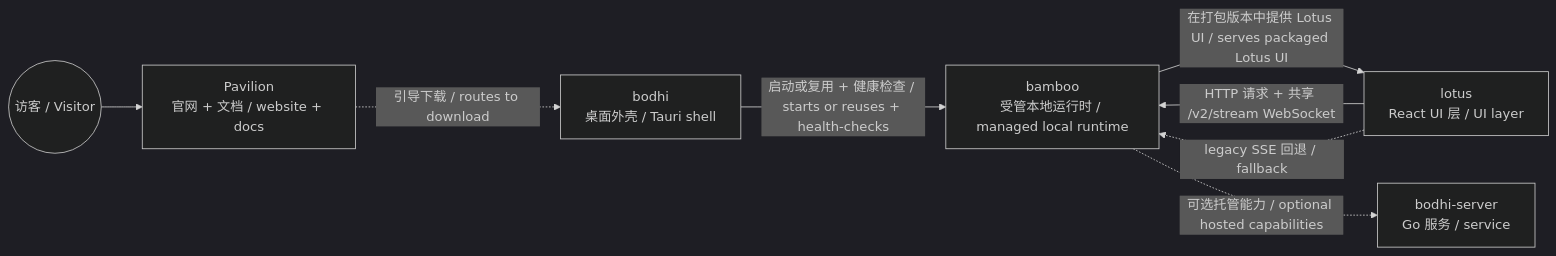
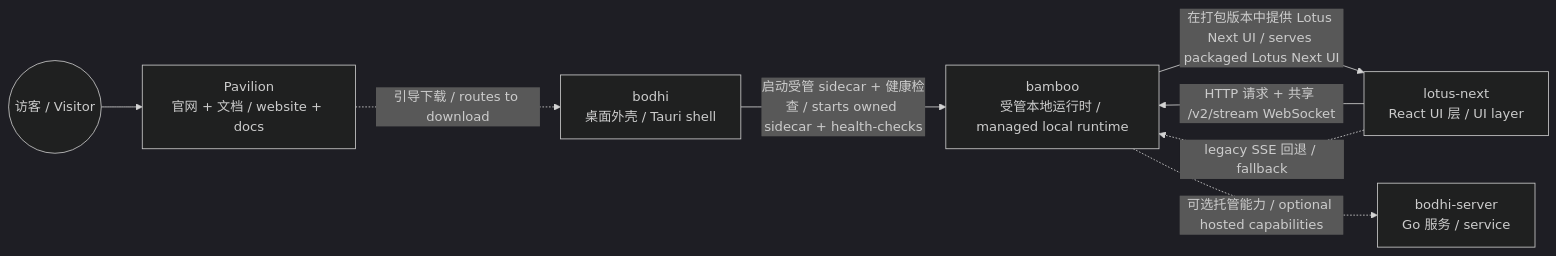
One commit to bigduu/Pavilion changed the diagram in README.zh-CN.md. Above: the diagram before and after it, drawn with Mermaid (dark theme). The commit also changed other lines of this file and 2 other files, not shown here.

````diff
--- a/README.zh-CN.md
+++ b/README.zh-CN.md
@@ -53,10 +53,10 @@
 ```mermaid
 flowchart LR
   Visitor((访客 / Visitor)) --> Pavilion[Pavilion\n官网 + 文档 / website + docs]
   Pavilion -. 引导下载 / routes to download .-> Bodhi[bodhi\n桌面外壳 / Tauri shell]
-  Bodhi -- 启动或复用 + 健康检查 / starts or reuses + health-checks --> Bamboo[bamboo\n受管本地运行时 / managed local runtime]
-  Bamboo -- 在打包版本中提供 Lotus UI / serves packaged Lotus UI --> Lotus[lotus\nReact UI 层 / UI layer]
+  Bodhi -- 启动受管 sidecar + 健康检查 / starts owned sidecar + health-checks --> Bamboo[bamboo\n受管本地运行时 / managed local runtime]
+  Bamboo -- 在打包版本中提供 Lotus Next UI / serves packaged Lotus Next UI --> Lotus[lotus-next\nReact UI 层 / UI layer]
   Lotus -- HTTP 请求 + 共享 /v2/stream WebSocket --> Bamboo
   Lotus -. legacy SSE 回退 / fallback .-> Bamboo
   Bamboo -. 可选托管能力 / optional hosted capabilities .-> BodhiServer[bodhi-server\nGo 服务 / service]
 ```
````
